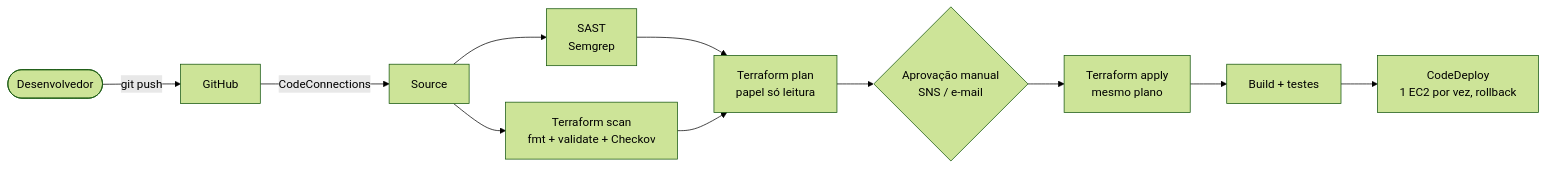
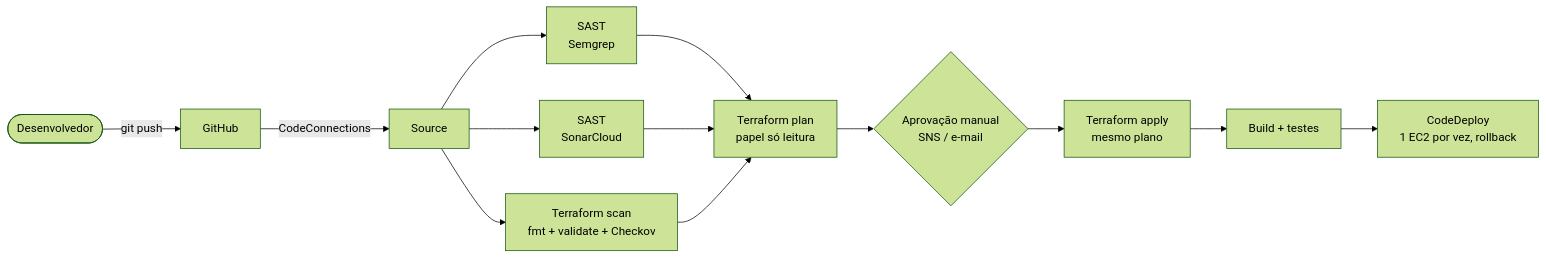
One commit to Yanclopes/cofre changed the second of 2 diagrams in docs/arquitetura.md. Above: the diagram before and after it, drawn with Mermaid (forest theme). The commit also changed other lines of this file and 11 other files, not shown here.

First line of the commit message:
feat(pipeline): SonarCloud como SAST complementar ao Semgrep

````diff
--- a/docs/arquitetura.md
+++ b/docs/arquitetura.md
@@ -52,13 +52,15 @@
 ```mermaid
 flowchart LR
     DEV([Desenvolvedor]) -->|git push| GH[GitHub]
     GH -->|CodeConnections| SRC[Source]
     SRC --> SAST[SAST<br/>Semgrep]
+    SRC --> SQ[SAST<br/>SonarCloud]
     SRC --> TFS[Terraform scan<br/>fmt + validate + Checkov]
     SAST --> PLAN[Terraform plan<br/>papel só leitura]
+    SQ --> PLAN
     TFS --> PLAN
     PLAN --> APR{Aprovação manual<br/>SNS / e-mail}
     APR --> APPLY[Terraform apply<br/>mesmo plano]
     APPLY --> BUILD[Build + testes]
     BUILD --> DEP[CodeDeploy<br/>1 EC2 por vez, rollback]
 ```
````
